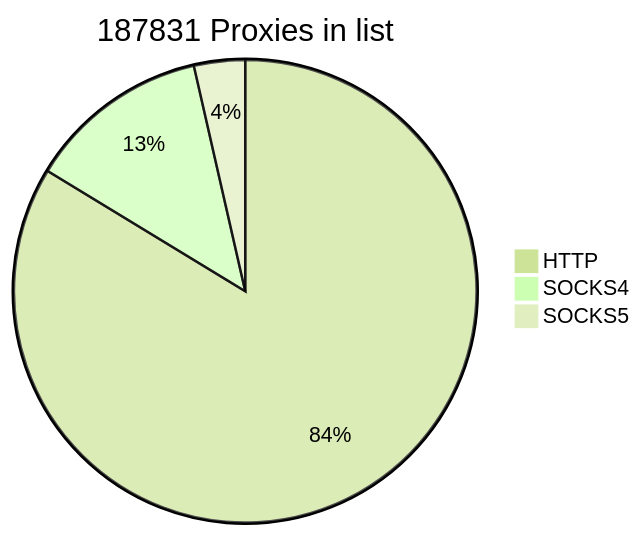
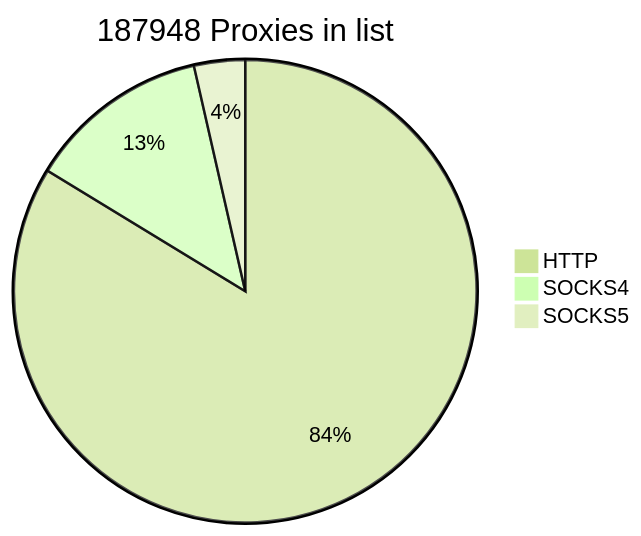
Before and after one commit to cutipu/proxylist: the first of 2 diagrams in README.md, drawn with Mermaid (forest theme). The commit also changed other lines of this file, not shown here.

````diff
--- a/README.md
+++ b/README.md
@@ -2,7 +2,7 @@
 ```mermaid
-pie title 187831 Proxies in list
-    "HTTP" : 157218
+pie title 187948 Proxies in list
+    "HTTP" : 157335
     "SOCKS4" : 23909
     "SOCKS5" : 6704
             
 ```
````
